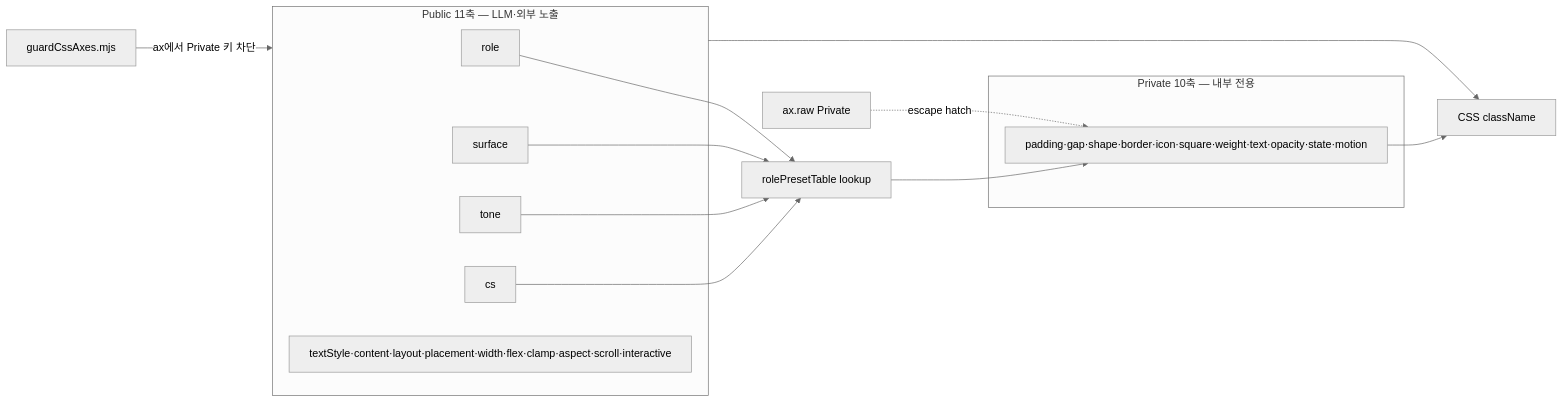
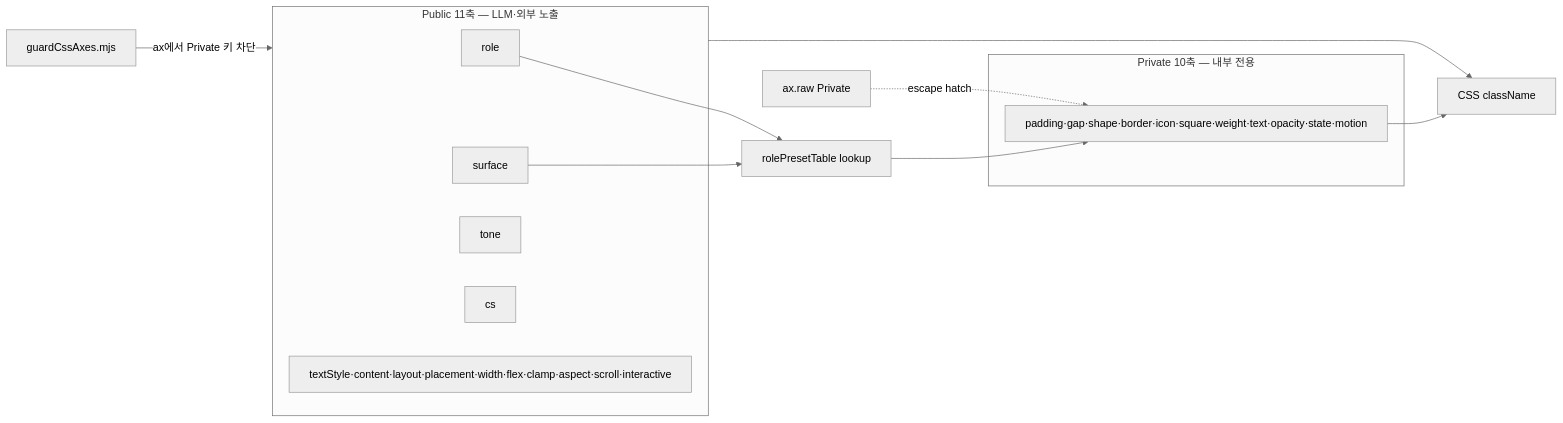
One commit to developer-1px/interactive-os-2 changed the first of 4 diagrams in docs/2-areas/styles/prds/ax-public-private-split-prd.md. Above: the diagram before and after it, drawn with Mermaid (neutral theme). The commit also changed other lines of this file and 4 other files, not shown here.

First line of the commit message:
refactor(styles): rolePreset 키 스키마 role.surface로 완화

````diff
--- a/docs/2-areas/styles/prds/ax-public-private-split-prd.md
+++ b/docs/2-areas/styles/prds/ax-public-private-split-prd.md
@@ -164,23 +167,23 @@
 ```mermaid
 flowchart LR
   subgraph Public[Public 11축 — LLM·외부 노출]
     R[role]
     S[surface]
     T[tone]
     C[cs]
     Rest[textStyle·content·layout·placement·width·flex·clamp·aspect·scroll·interactive]
   end
 
   subgraph Private[Private 10축 — 내부 전용]
     P[padding·gap·shape·border·icon·square·weight·text·opacity·state·motion]
   end
 
-  R & S & T & C --> Resolver[rolePresetTable lookup]
+  R & S --> Resolver[rolePresetTable lookup]
   Resolver --> P
 
   Raw[ax.raw Private] -. escape hatch .-> P
 
   Public & P --> Out[CSS className]
 
   Guard[guardCssAxes.mjs] -- ax에서 Private 키 차단 --> Public
 ```
````
